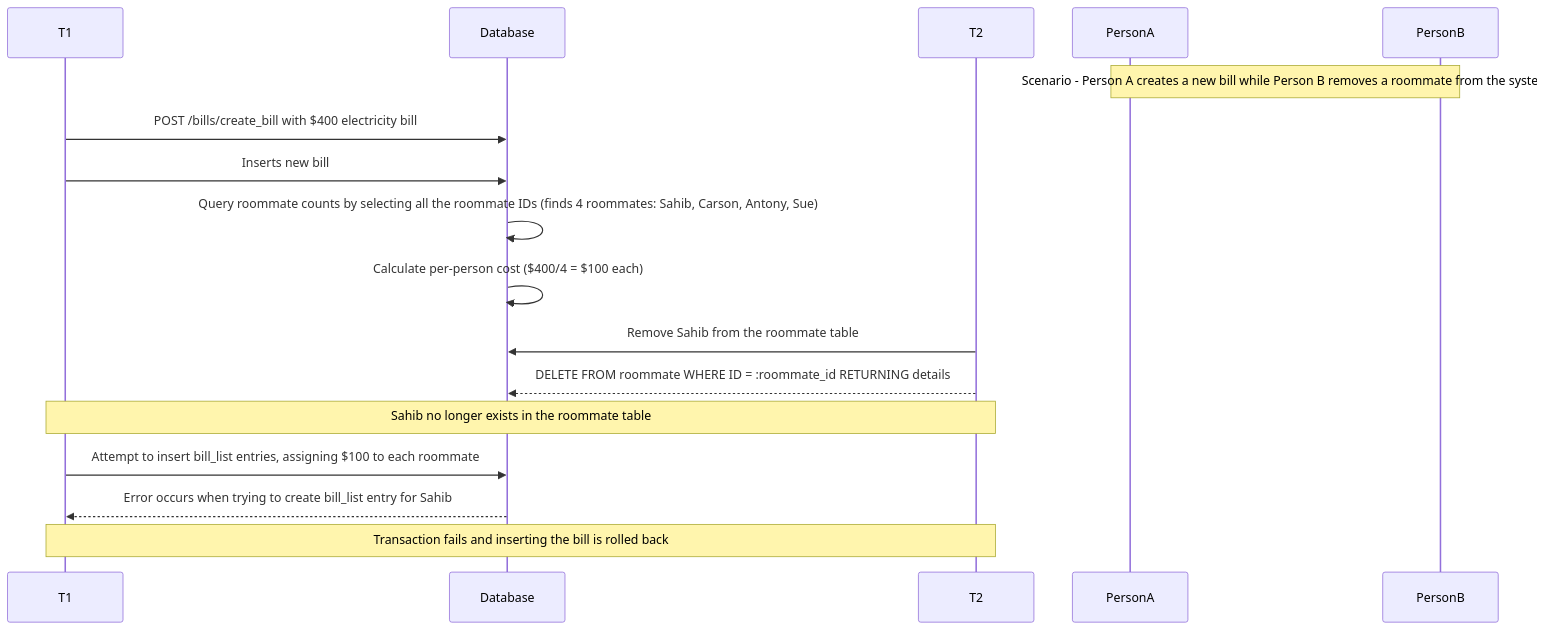
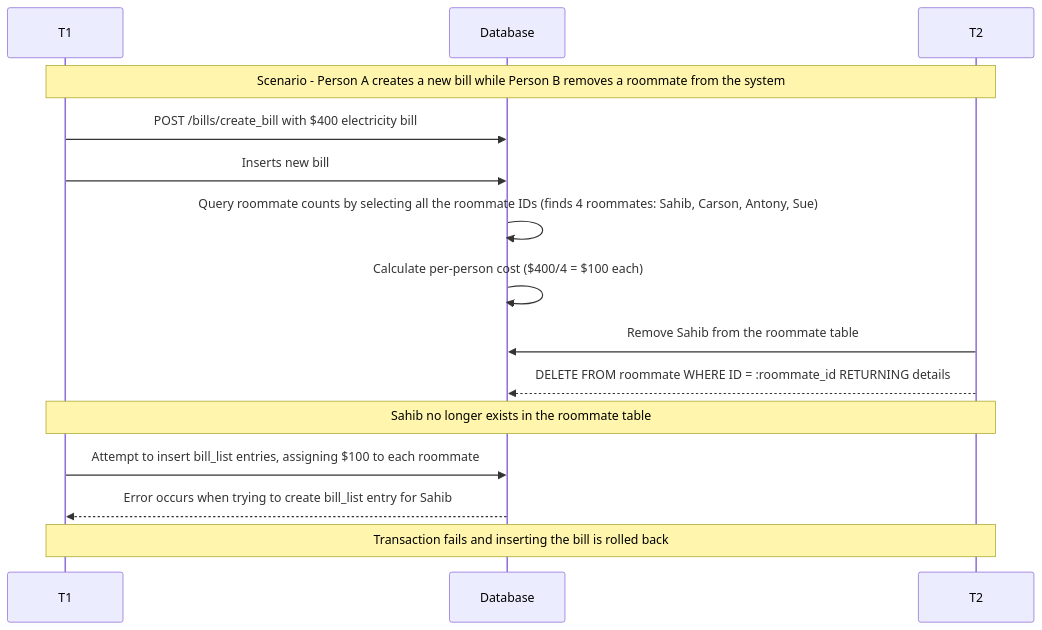
Before and after one commit to s6hib/Chore-Tracker-API: the first of 2 diagrams in docs/concurrency.md, drawn with Mermaid.

Commit message:
rename to T1 and T2

````diff
--- a/docs/concurrency.md
+++ b/docs/concurrency.md
@@ -18,18 +18,18 @@
 ``` mermaid
 sequenceDiagram
     participant T1
     participant Database
     participant T2
 
-    Note over PersonA, PersonB: Scenario - Person A creates a new bill while Person B removes a roommate from the system
+    Note over T1, T2: Scenario - Person A creates a new bill while Person B removes a roommate from the system
     T1->>Database: POST /bills/create_bill with $400 electricity bill
     T1->>Database: Inserts new bill # 14 into the bill table
     Database->>Database: Query roommate counts by selecting all the roommate IDs (finds 4 roommates: Sahib, Carson, Antony, Sue)
     Database->>Database: Calculate per-person cost ($400/4 = $100 each)
     T2->>Database: Remove Sahib from the roommate table
     T2-->>Database: DELETE FROM roommate WHERE ID = :roommate_id RETURNING details
     Note over T1, T2: Sahib no longer exists in the roommate table
     T1->>Database: Attempt to insert bill_list entries, assigning $100 to each roommate
     Database-->>T1: Error occurs when trying to create bill_list entry for Sahib
     Note over T1, T2: Transaction fails and inserting the bill is rolled back
 ```
````
